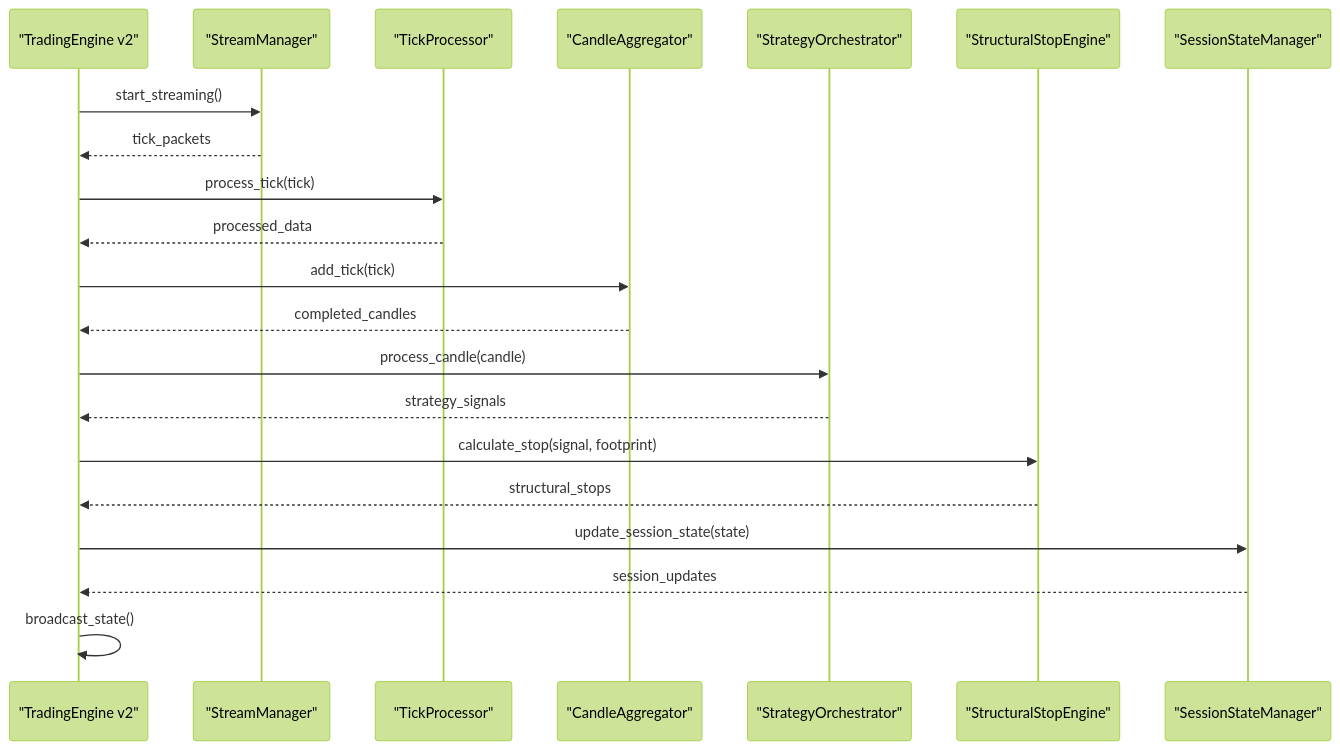
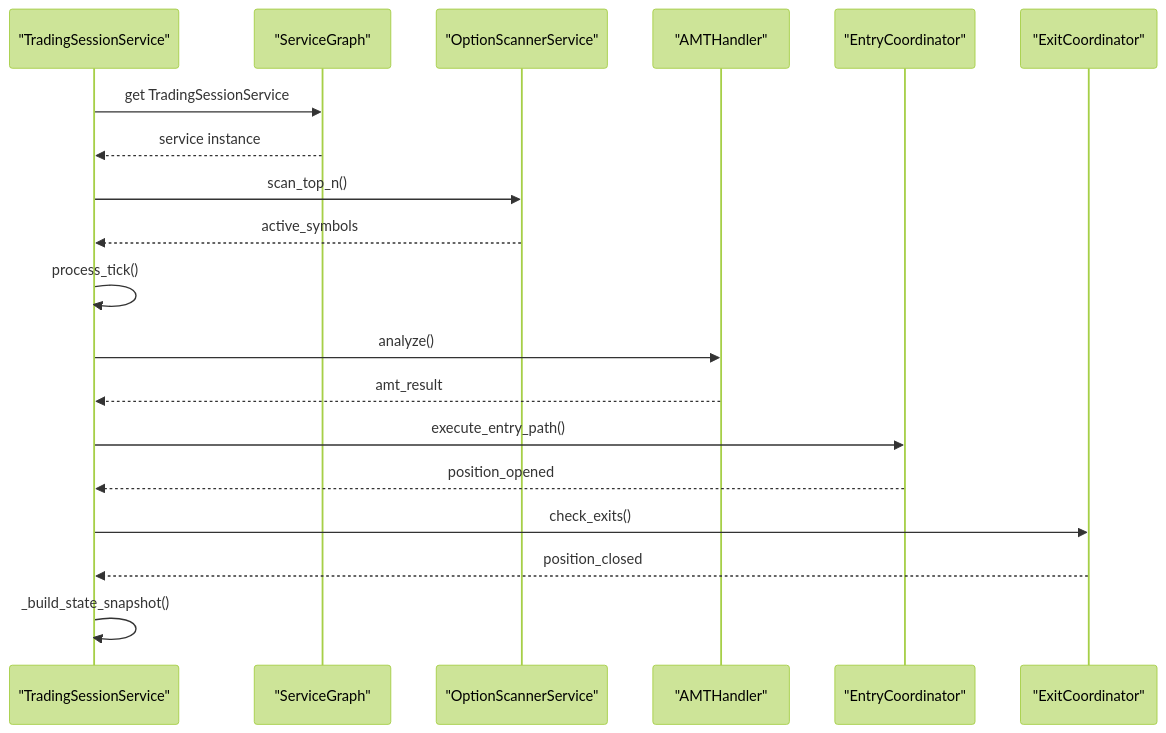
Before and after one commit to gemrajkhatry-maker/v5-of-glassytrade-ai: the second of 4 diagrams in .qoder/repowiki/en/content/Backend Application/Core Services/Trading Engine.md, drawn with Mermaid (forest theme). The commit also changed other lines of this file and 219 other files, not shown here.

First line of the commit message:
refactor: major architecture improvements across backend, backendv2, brokers, and frontend

````diff
--- a/.qoder/repowiki/en/content/Backend Application/Core Services/Trading Engine.md
+++ b/.qoder/repowiki/en/content/Backend Application/Core Services/Trading Engine.md
@@ -208,23 +136,21 @@
 ```mermaid
 sequenceDiagram
-participant TE as "TradingEngine v2"
-participant SM as "StreamManager"
-participant TP as "TickProcessor"
-participant CA as "CandleAggregator"
-participant ORCH as "StrategyOrchestrator"
-participant SSE as "StructuralStopEngine"
-participant SSM as "SessionStateManager"
-TE->>SM : start_streaming()
-SM-->>TE : tick_packets
-TE->>TP : process_tick(tick)
-TP-->>TE : processed_data
-TE->>CA : add_tick(tick)
-CA-->>TE : completed_candles
-TE->>ORCH : process_candle(candle)
-ORCH-->>TE : strategy_signals
-TE->>SSE : calculate_stop(signal, footprint)
-SSE-->>TE : structural_stops
-TE->>SSM : update_session_state(state)
-SSM-->>TE : session_updates
-TE->>TE : broadcast_state()
+participant TS as "TradingSessionService"
+participant SG as "ServiceGraph"
+participant OS as "OptionScannerService"
+participant AMT as "AMTHandler"
+participant EC as "EntryCoordinator"
+participant XC as "ExitCoordinator"
+TS->>SG : get TradingSessionService
+SG-->>TS : service instance
+TS->>OS : scan_top_n()
+OS-->>TS : active_symbols
+TS->>TS : process_tick()
+TS->>AMT : analyze()
+AMT-->>TS : amt_result
+TS->>EC : execute_entry_path()
+EC-->>TS : position_opened
+TS->>XC : check_exits()
+XC-->>TS : position_closed
+TS->>TS : _build_state_snapshot()
 ```
````
